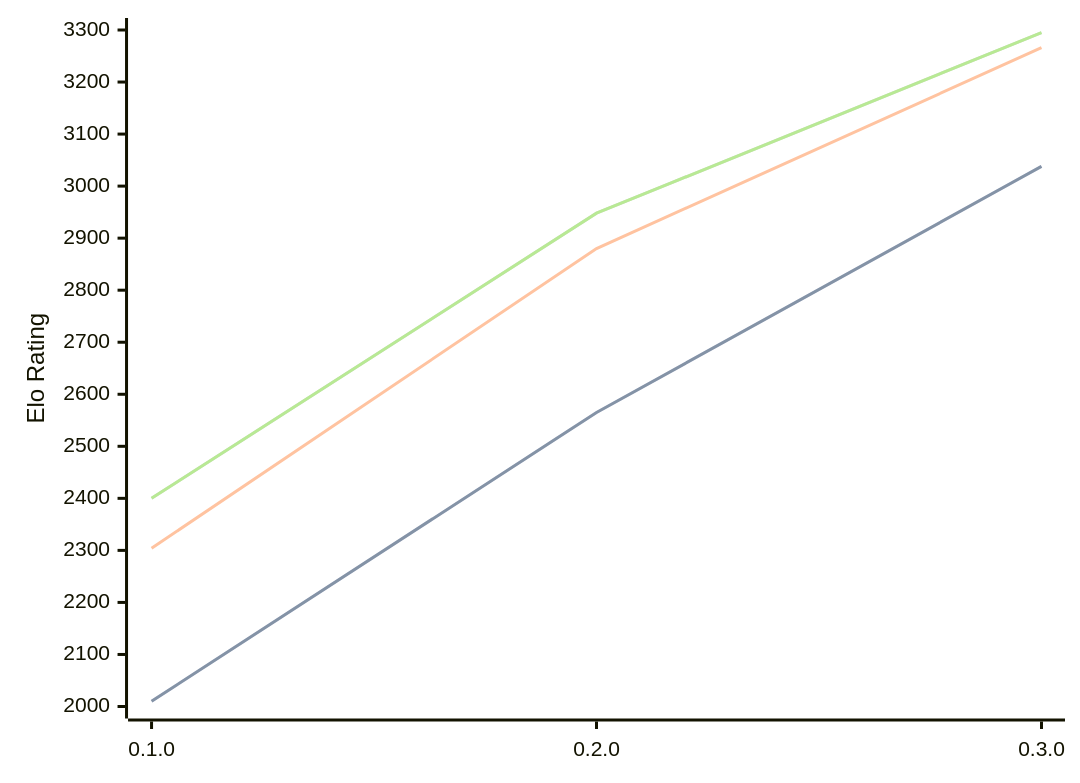
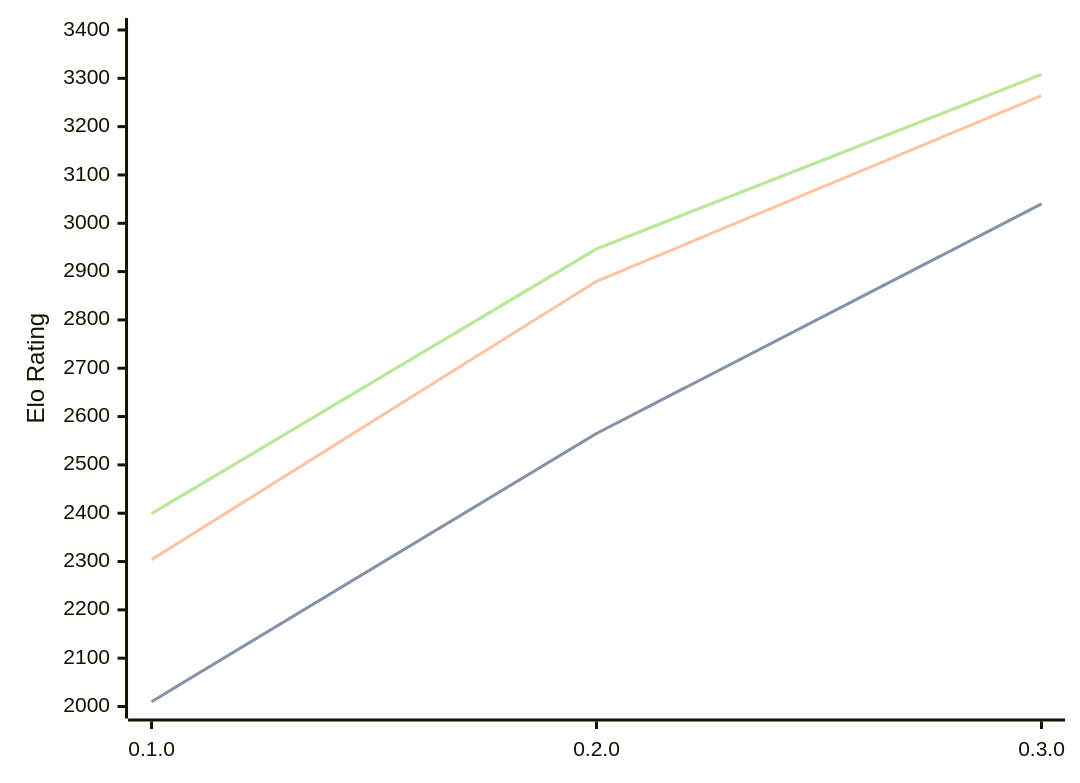
The diagram in engines/Justbot.md (computer-chess-index/cci), drawn with Mermaid before and after one commit. The commit also changed other lines of this file, not shown here.

Commit message:
Update CCI Ratings (ELO VLTC) - 2026-08-03

````diff
--- a/engines/Justbot.md
+++ b/engines/Justbot.md
@@ -33,11 +33,11 @@
 ```mermaid
 %%{init: {"theme":"base","themeVariables":{"seriesColors:['#a3a3a3','#222221','#faa371']}}}%%
 xychart-beta
   x-axis ["0.1.0", "0.2.0", "0.3.0"]
-  y-axis "Elo Rating" 2000 --> 3300
-  line "STC (8.0+0.08s)" [2010, 2565, 3038]
-  line "STC (8.0+0.08s)" [2010, 2565, 3038]
-  line "LTC (60.0+0.60s)" [2304, 2880, 3266]
-  line "VLTC (2m24s+1.12s)" [2400, 2948, 3295]
-  line "VLTC (2m24s+1.12s)" [2400, 2948, 3295]
+  y-axis "Elo Rating" 2000 --> 3400
+  line "STC (8.0+0.08s)" [2010, 2565, 3040]
+  line "STC (8.0+0.08s)" [2010, 2565, 3040]
+  line "LTC (60.0+0.60s)" [2304, 2880, 3264]
+  line "VLTC (2m24s+1.12s)" [2399, 2947, 3308]
+  line "VLTC (2m24s+1.12s)" [2399, 2947, 3308]
 ```
````
